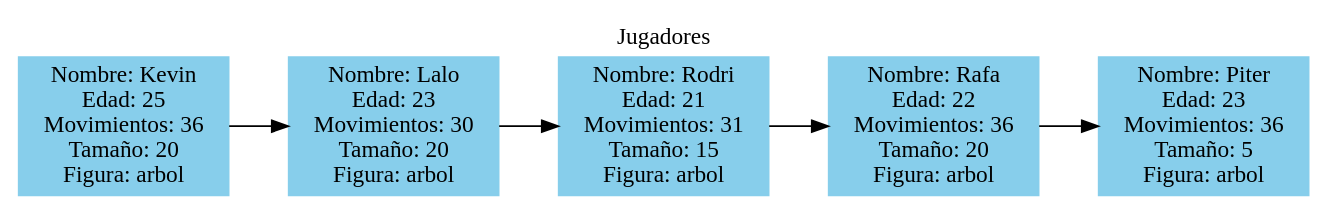
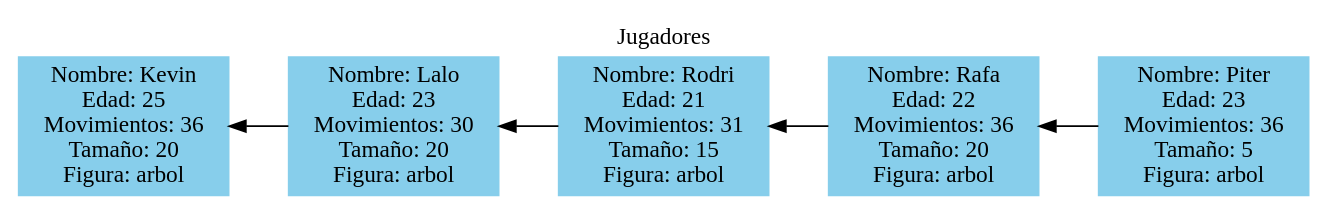
One commit to KevinPalaciosQ/IPC2_Proyecto1_201902278 changed the diagram in Jugadores/reporte.dot. Above: the diagram before and after it, drawn with Graphviz. The commit also changed 16 other files, not shown here.

```diff
--- a/Jugadores/reporte.dot
+++ b/Jugadores/reporte.dot
@@ -1,16 +1,16 @@
 digraph G{
 
 rankdir=LR; 
  node[shape=box, style=filled, color=skyblue, fontname="Century Gothic"]; 
  graph [fontname="Century Gothic"]; 
  labelloc="t"; label="Jugadores"; 
 0[label="Nombre: Kevin\nEdad: 25\nMovimientos: 36\nTamaño: 20\nFigura: arbol"];
-0->1;
+0->1[dir=back];
 1[label="Nombre: Lalo\nEdad: 23\nMovimientos: 30\nTamaño: 20\nFigura: arbol"];
-1->2;
+1->2[dir=back];
 2[label="Nombre: Rodri\nEdad: 21\nMovimientos: 31\nTamaño: 15\nFigura: arbol"];
-2->3;
+2->3[dir=back];
 3[label="Nombre: Rafa\nEdad: 22\nMovimientos: 36\nTamaño: 20\nFigura: arbol"];
-3->4;
+3->4[dir=back];
 4[label="Nombre: Piter\nEdad: 23\nMovimientos: 36\nTamaño: 5\nFigura: arbol"];
 }
```
